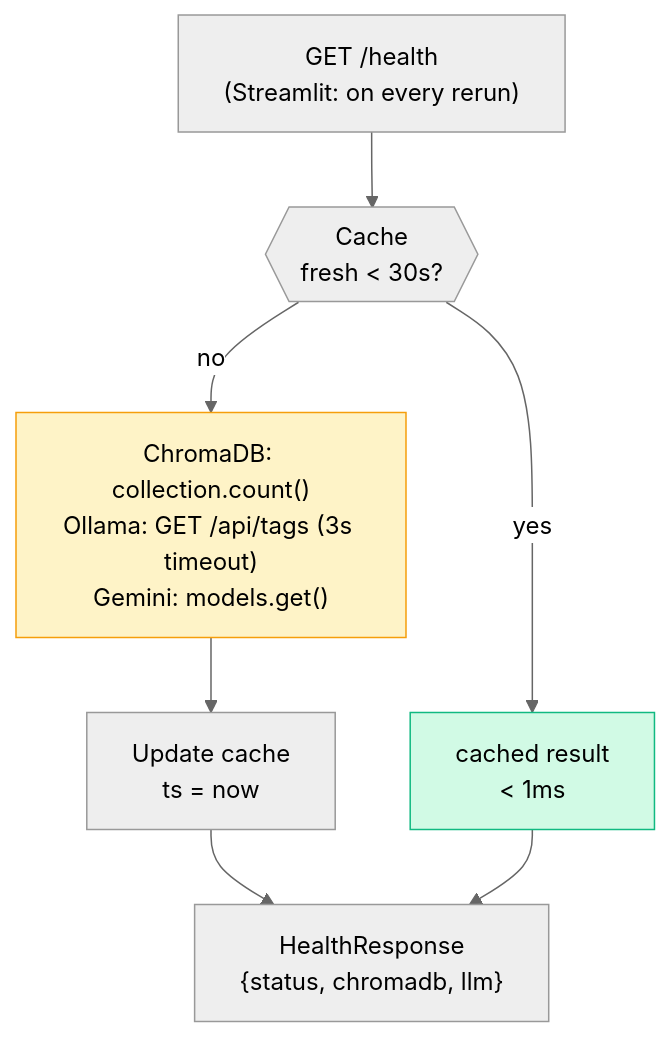
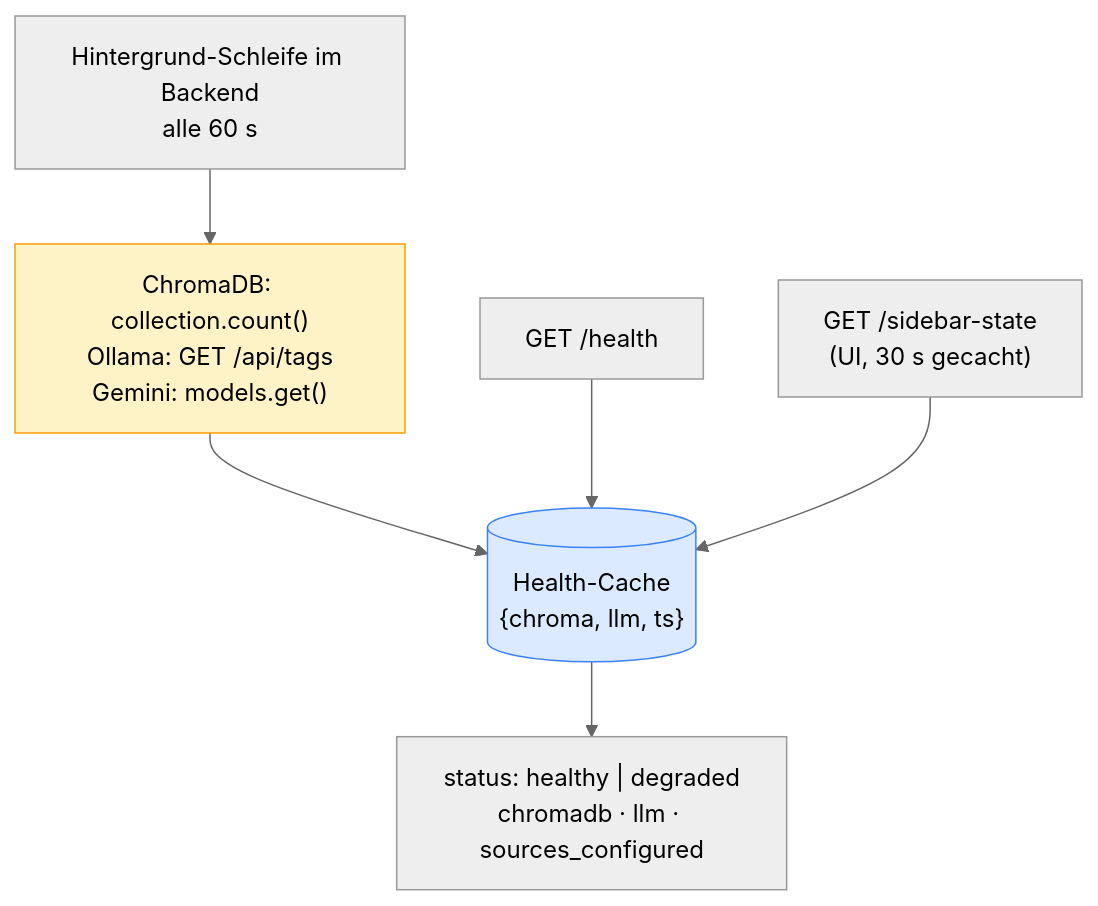
The fifth of 5 diagrams in docs/data-flow.md (FabianHentrich/lorekeeper), drawn with Mermaid (neutral theme) before and after one commit. The commit also changed other lines of this file and 15 other files, not shown here.

````diff
--- a/docs/data-flow.md
+++ b/docs/data-flow.md
@@ -151,18 +164,13 @@
 ```mermaid
 flowchart TD
-    REQ["GET /health\n(Streamlit: on every rerun)"]
+    LOOP["Hintergrund-Schleife im Backend\nalle 60 s"]
+    LOOP --> CHECK["ChromaDB: collection.count()\nOllama: GET /api/tags\nGemini: models.get()"]
+    CHECK --> CACHE[("Health-Cache\n{chroma, llm, ts}")]
 
-    REQ --> CACHE{{"Cache\nfresh < 30s?"}}
+    REQ1["GET /health"] --> CACHE
+    REQ2["GET /sidebar-state\n(UI, 30 s gecacht)"] --> CACHE
+    CACHE --> RESP["status: healthy | degraded\nchromadb · llm · sources_configured"]
 
-    CACHE -->|"yes"| FAST["cached result\n< 1ms"]
-    CACHE -->|"no"| CHECK
-
-    CHECK["ChromaDB: collection.count()\nOllama: GET /api/tags (3s timeout)\nGemini: models.get()"]
-
-    CHECK --> UPDATE["Update cache\nts = now"]
-    UPDATE --> RESP["HealthResponse\n{status, chromadb, llm}"]
-    FAST --> RESP
-
-    style FAST fill:#d1fae5,stroke:#10b981
+    style CACHE fill:#dbeafe,stroke:#3b82f6
     style CHECK fill:#fef3c7,stroke:#f59e0b
 ```
````
